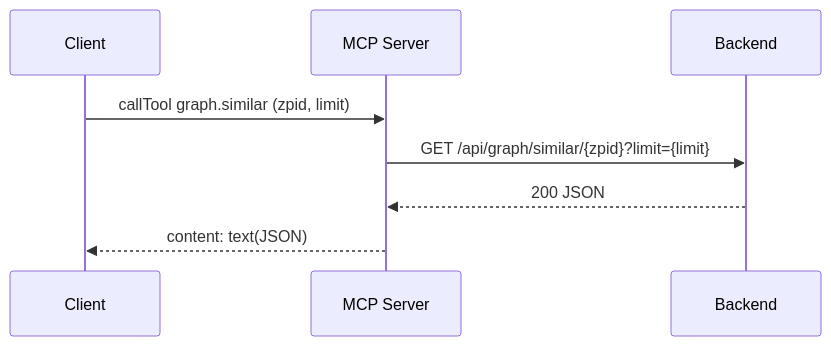
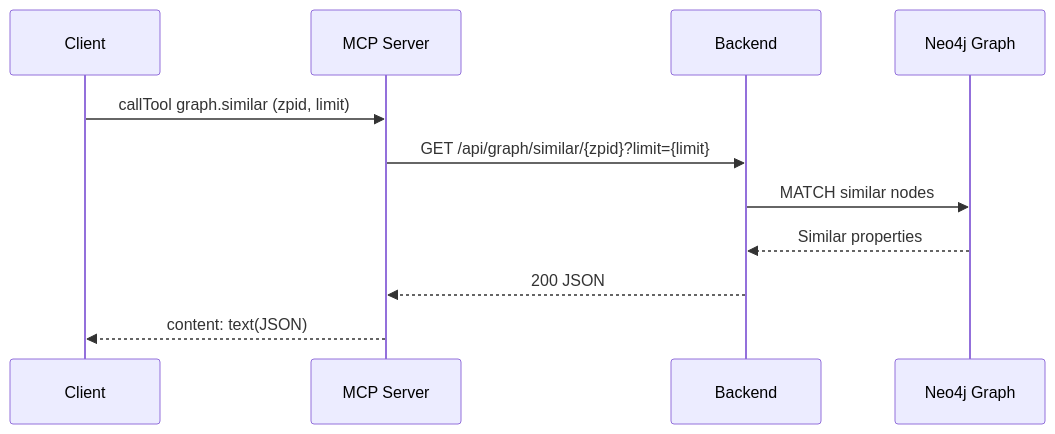
Diagram 13 of 16 in mcp/README.md (sisterai/estate-assistant-system), drawn with Mermaid before and after one commit. The commit also changed other lines of this file, not shown here.

````diff
--- a/mcp/README.md
+++ b/mcp/README.md
@@ -621,11 +791,14 @@
 ```mermaid
 sequenceDiagram
   participant C as Client
   participant S as MCP Server
   participant B as Backend
+  participant Neo4j as Neo4j Graph
 
   C->>S: callTool graph.similar (zpid, limit)
   S->>B: GET /api/graph/similar/{zpid}?limit={limit}
+  B->>Neo4j: MATCH similar nodes
+  Neo4j-->>B: Similar properties
   B-->>S: 200 JSON
   S-->>C: content: text(JSON)
 ```
````
